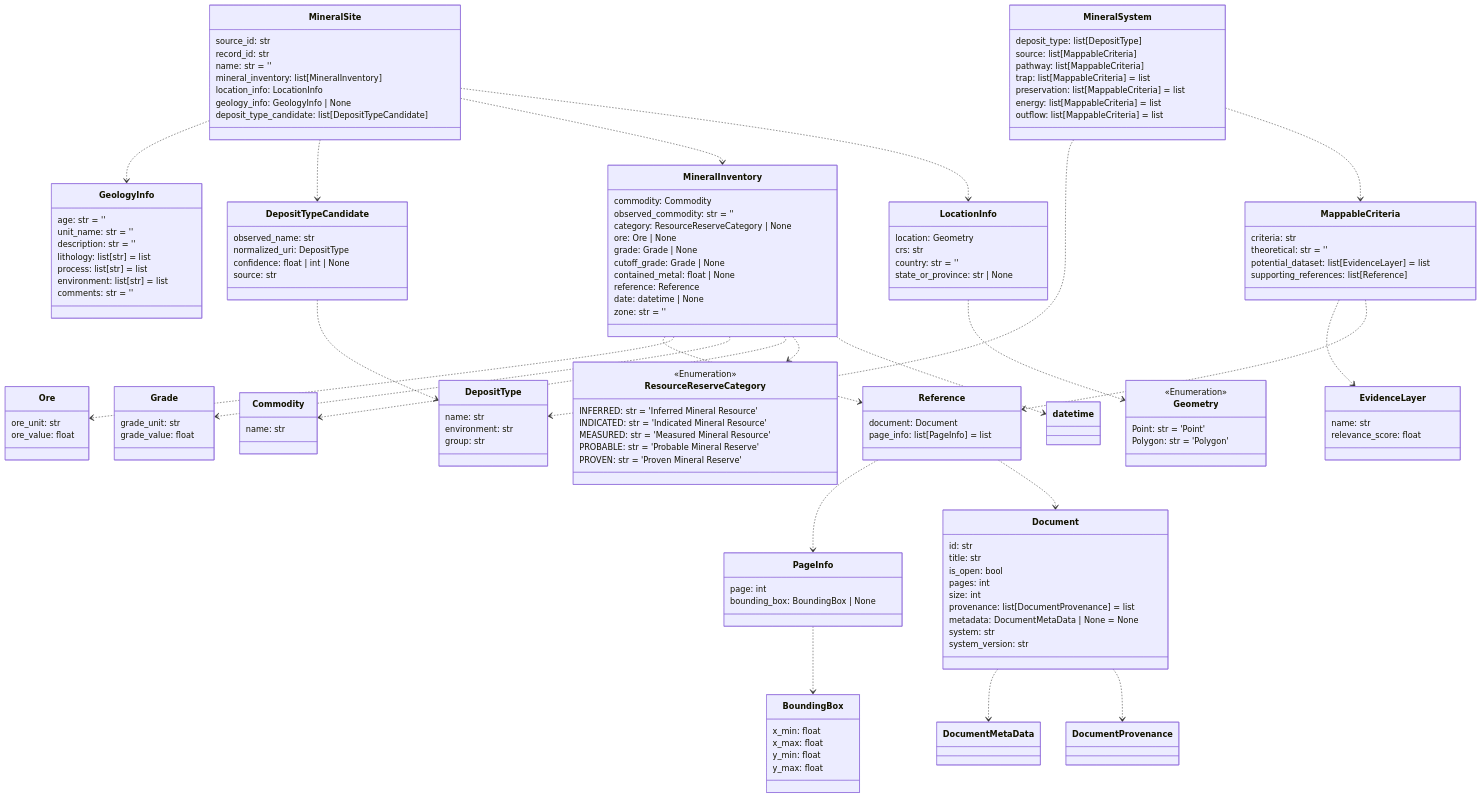
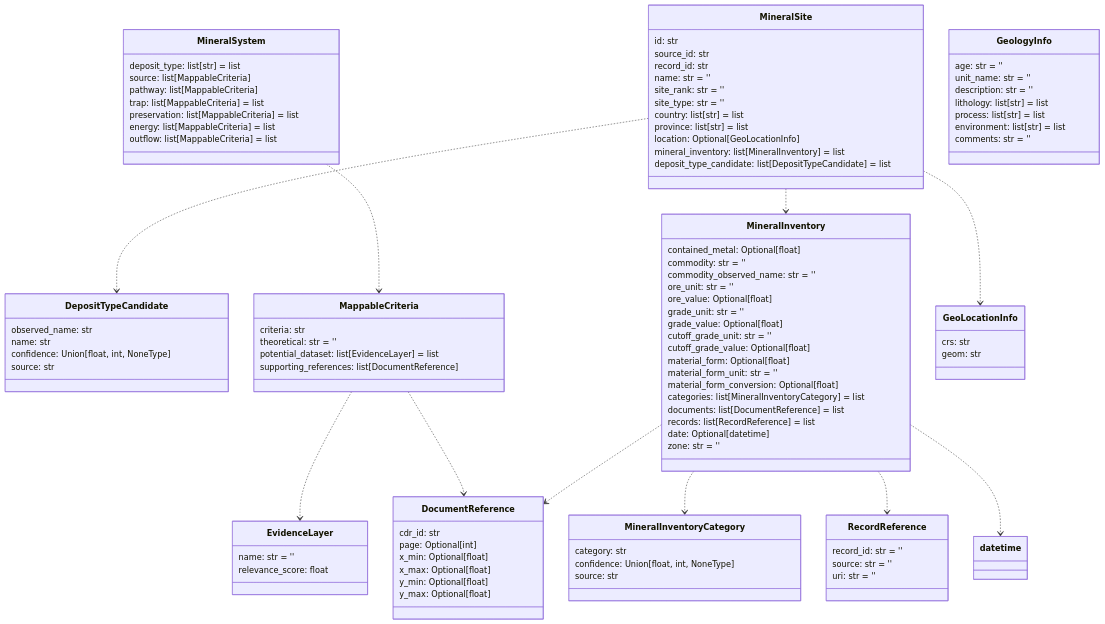
The tenth of 14 diagrams in README.md (DARPA-CRITICALMAAS/cdr_schemas), drawn with Mermaid before and after one commit. The commit also changed other lines of this file and 1 other file, not shown here.

Commit message:
mineral updates

````diff
--- a/README.md
+++ b/README.md
@@ -765,97 +765,87 @@
 ```mermaid
 classDiagram
 
-    class PageInfo {
-        page: int
-        bounding_box: BoundingBox | None
-    }
-
-    class Document {
-        id: str
-        title: str
-        is_open: bool
-        pages: int
-        size: int
-        provenance: list[DocumentProvenance] = list
-        metadata: DocumentMetaData | None = None
-        system: str
-        system_version: str
-    }
-
-    class LocationInfo {
-        location: Geometry
-        crs: str
-        country: str = ''
-        state_or_province: str | None
-    }
-
-    class EvidenceLayer {
-        name: str
-        relevance_score: float
-    }
-
-    class Commodity {
-        name: str
-    }
-
-    class Geometry {
-        <<Enumeration>>
-        Point: str = 'Point'
-        Polygon: str = 'Polygon'
-    }
-
-    class Grade {
-        grade_unit: str
-        grade_value: float
+    class MineralInventoryCategory {
+        category: str
+        confidence: Union[float, int, NoneType]
+        source: str
     }
 
     class DepositTypeCandidate {
         observed_name: str
-        normalized_uri: DepositType
-        confidence: float | int | None
+        name: str
+        confidence: Union[float, int, NoneType]
         source: str
-    }
-
-    class Ore {
-        ore_unit: str
-        ore_value: float
-    }
-
-    class BoundingBox {
-        x_min: float
-        x_max: float
-        y_min: float
-        y_max: float
-    }
-
-    class MineralInventory {
-        commodity: Commodity
-        observed_commodity: str = ''
-        category: ResourceReserveCategory | None
-        ore: Ore | None
-        grade: Grade | None
-        cutoff_grade: Grade | None
-        contained_metal: float | None
-        reference: Reference
-        date: datetime | None
-        zone: str = ''
     }
 
     class MappableCriteria {
         criteria: str
         theoretical: str = ''
         potential_dataset: list[EvidenceLayer] = list
-        supporting_references: list[Reference]
+        supporting_references: list[DocumentReference]
     }
 
     class MineralSystem {
-        deposit_type: list[DepositType]
+        deposit_type: list[str] = list
         source: list[MappableCriteria]
         pathway: list[MappableCriteria]
         trap: list[MappableCriteria] = list
         preservation: list[MappableCriteria] = list
         energy: list[MappableCriteria] = list
         outflow: list[MappableCriteria] = list
+    }
+
+    class DocumentReference {
+        cdr_id: str
+        page: Optional[int]
+        x_min: Optional[float]
+        x_max: Optional[float]
+        y_min: Optional[float]
+        y_max: Optional[float]
+    }
+
+    class MineralSite {
+        id: str
+        source_id: str
+        record_id: str
+        name: str = ''
+        site_rank: str = ''
+        site_type: str = ''
+        country: list[str] = list
+        province: list[str] = list
+        location: Optional[GeoLocationInfo]
+        mineral_inventory: list[MineralInventory] = list
+        deposit_type_candidate: list[DepositTypeCandidate] = list
+    }
+
+    class MineralInventory {
+        contained_metal: Optional[float]
+        commodity: str = ''
+        commodity_observed_name: str = ''
+        ore_unit: str = ''
+        ore_value: Optional[float]
+        grade_unit: str = ''
+        grade_value: Optional[float]
+        cutoff_grade_unit: str = ''
+        cutoff_grade_value: Optional[float]
+        material_form: Optional[float]
+        material_form_unit: str = ''
+        material_form_conversion: Optional[float]
+        categories: list[MineralInventoryCategory] = list
+        documents: list[DocumentReference] = list
+        records: list[RecordReference] = list
+        date: Optional[datetime]
+        zone: str = ''
+    }
+
+    class EvidenceLayer {
+        name: str = ''
+        relevance_score: float
+    }
+
+    class GeoLocationInfo {
+        crs: str
+        geom: str
     }
 
     class GeologyInfo {
@@ -868,57 +858,22 @@
         comments: str = ''
     }
 
-    class DepositType {
-        name: str
-        environment: str
-        group: str
+    class RecordReference {
+        record_id: str = ''
+        source: str = ''
+        uri: str = ''
     }
 
-    class MineralSite {
-        source_id: str
-        record_id: str
-        name: str = ''
-        mineral_inventory: list[MineralInventory]
-        location_info: LocationInfo
-        geology_info: GeologyInfo | None
-        deposit_type_candidate: list[DepositTypeCandidate]
-    }
-
-    class Reference {
-        document: Document
-        page_info: list[PageInfo] = list
-    }
-
-    class ResourceReserveCategory {
-        <<Enumeration>>
-        INFERRED: str = 'Inferred Mineral Resource'
-        INDICATED: str = 'Indicated Mineral Resource'
-        MEASURED: str = 'Measured Mineral Resource'
-        PROBABLE: str = 'Probable Mineral Reserve'
-        PROVEN: str = 'Proven Mineral Reserve'
-    }
-
-    Document ..> DocumentMetaData
-    Document ..> DocumentProvenance
-    DepositTypeCandidate ..> DepositType
-    PageInfo ..> BoundingBox
-    Reference ..> PageInfo
-    Reference ..> Document
     MappableCriteria ..> EvidenceLayer
-    MappableCriteria ..> Reference
-    MineralSystem ..> DepositType
+    MappableCriteria ..> DocumentReference
     MineralSystem ..> MappableCriteria
-    MineralInventory ..> Reference
-    MineralInventory ..> Ore
-    MineralInventory ..> Grade
-    MineralInventory ..> Commodity
-    MineralInventory ..> ResourceReserveCategory
+    MineralInventory ..> MineralInventoryCategory
+    MineralInventory ..> DocumentReference
+    MineralInventory ..> RecordReference
     MineralInventory ..> datetime
-    LocationInfo ..> Geometry
-    MineralSite ..> GeologyInfo
+    MineralSite ..> MineralInventory
+    MineralSite ..> GeoLocationInfo
     MineralSite ..> DepositTypeCandidate
-    MineralSite ..> MineralInventory
-    MineralSite ..> LocationInfo
 
 
 ```
````
